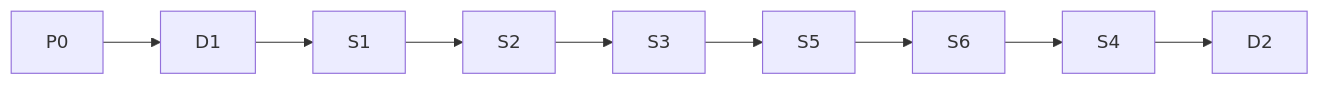
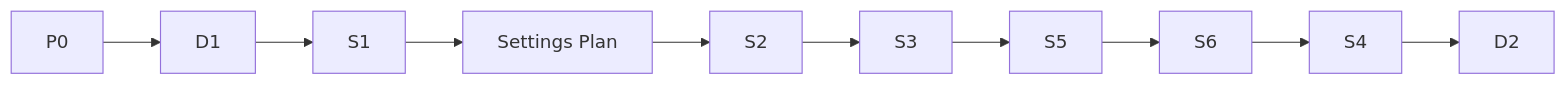
Before and after one commit to CTRL-Neo-Studios/vertex: the diagram in plans/Sample Plugins Plan.md, drawn with Mermaid. The commit also changed other lines of this file and 46 other files, not shown here.

````diff
--- a/plans/Sample Plugins Plan.md
+++ b/plans/Sample Plugins Plan.md
@@ -45,4 +45,4 @@
 ```mermaid
 flowchart LR
-  P0 --> D1 --> S1 --> S2 --> S3 --> S5 --> S6 --> S4 --> D2
+  P0 --> D1 --> S1 --> Settings["Settings Plan"] --> S2 --> S3 --> S5 --> S6 --> S4 --> D2
 ```
````
